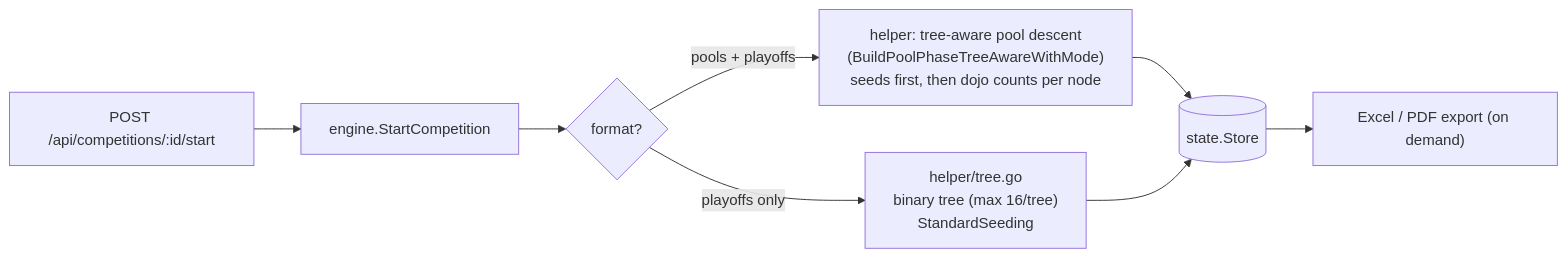
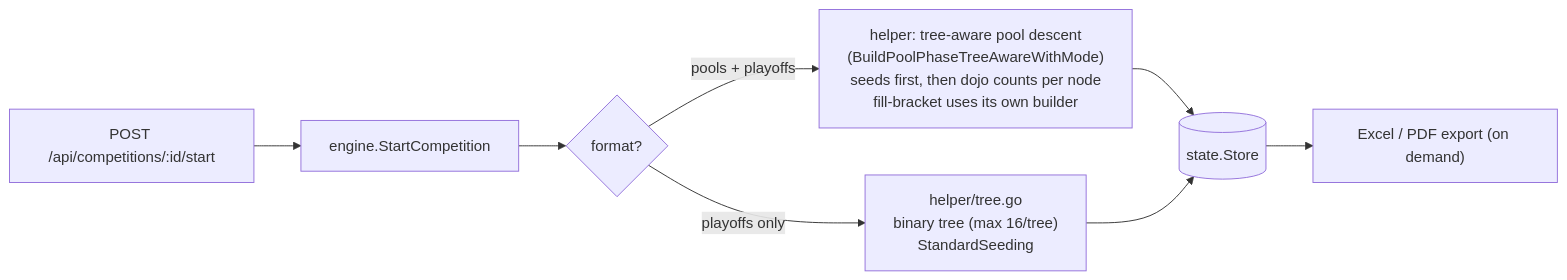
One commit to gitrgoliveira/bracket-creator changed the sixth of 7 diagrams in docs/architecture/software-architecture.md. Above: the diagram before and after it, drawn with Mermaid. The commit also changed 13 other files, not shown here.

````diff
--- a/docs/architecture/software-architecture.md
+++ b/docs/architecture/software-architecture.md
@@ -170,10 +170,10 @@
 ```mermaid
 flowchart LR
     start["POST /api/competitions/:id/start"] --> eng["engine.StartCompetition"]
     eng --> mode{"format?"}
-    mode -->|pools + playoffs| pools["helper: tree-aware pool descent<br/>(BuildPoolPhaseTreeAwareWithMode)<br/>seeds first, then dojo counts per node"]
+    mode -->|pools + playoffs| pools["helper: tree-aware pool descent<br/>(BuildPoolPhaseTreeAwareWithMode)<br/>seeds first, then dojo counts per node<br/>fill-bracket uses its own builder"]
     mode -->|playoffs only| tree["helper/tree.go<br/>binary tree (max 16/tree)<br/>StandardSeeding"]
     pools --> store[("state.Store")]
     tree --> store
     store --> excelOpt["Excel / PDF export (on demand)"]
 ```
````
